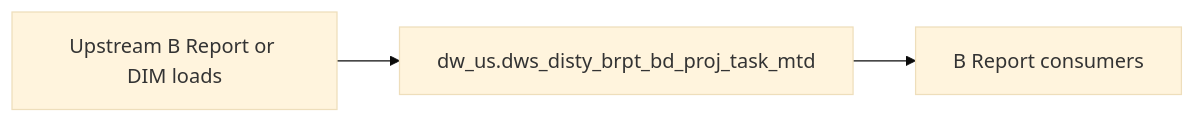
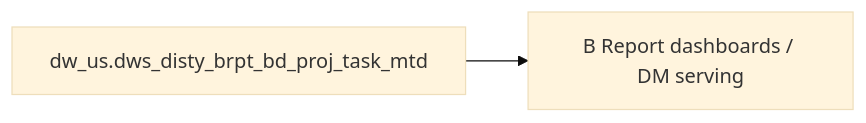
One commit to chengduhaha/data_agent changed the diagram in backend/defaults/b_report/workspace/target/knowledgebase/b-report-us/dws_disty_brpt_bd_proj_task_mtd.md. Above: the diagram before and after it, drawn with Mermaid (base theme). The commit also changed other lines of this file and 1108 other files, not shown here.

````diff
--- a/backend/defaults/b_report/workspace/target/knowledgebase/b-report-us/dws_disty_brpt_bd_proj_task_mtd.md
+++ b/backend/defaults/b_report/workspace/target/knowledgebase/b-report-us/dws_disty_brpt_bd_proj_task_mtd.md
@@ -156,8 +302,6 @@
 ```mermaid
 flowchart LR
-  upstream[Upstream B Report or DIM loads]
-  tgt["dw_us.dws_disty_brpt_bd_proj_task_mtd"]
-  brpt[B Report consumers]
-  upstream --> tgt
-  tgt --> brpt
+  dw_us_dws_disty_brpt_bd_proj_task_mtd["dw_us.dws_disty_brpt_bd_proj_task_mtd"]
+  consumers["B Report dashboards / DM serving"]
+  dw_us_dws_disty_brpt_bd_proj_task_mtd --> consumers
 ```
````
